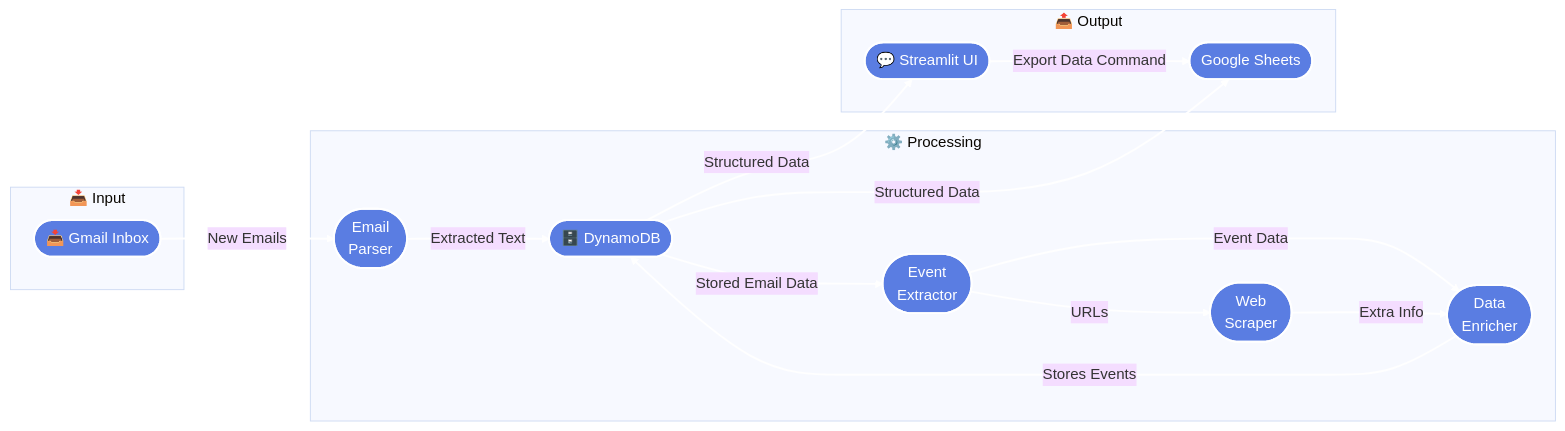
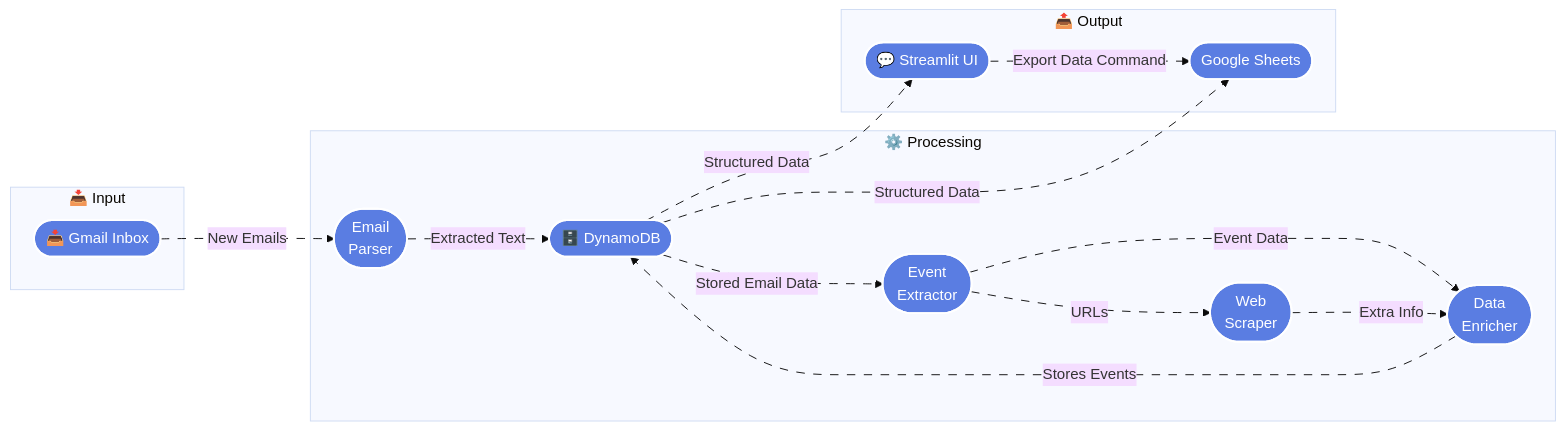
The diagram in README.md (lauren-cordova/event-agent), drawn with Mermaid (base theme) before and after one commit.

Commit message:
Update README.md
Animated architecture diagram lines!

````diff
--- a/README.md
+++ b/README.md
@@ -17,41 +17,41 @@
 ```mermaid
 graph LR
     subgraph Input [📥 Input]
         G([📥 Gmail Inbox])
     end
 
     subgraph Processing [⚙️ Processing]
         E([Email<br>Parser])
         X([Event<br>Extractor])
         W([Web<br>Scraper])
         D([Data<br>Enricher])
         DB([🗄️ DynamoDB])
     end
 
     subgraph Output [📤 Output]
         UI([💬 Streamlit UI])
         GS([Google Sheets])
     end
 
     G -->|New Emails| E
     E -->|Extracted Text| DB
     DB -->|Stored Email Data| X
     X -->|Event Data| D
     X -->|URLs| W
     W -->|Extra Info| D
     D -->|Stores Events| DB
     DB -->|Structured Data| UI
     DB -->|Structured Data| GS
     UI -->|Export Data Command| GS
 
     style G fill:#5a7de2,stroke:#fff,stroke-width:2px,color:#fff
     style E fill:#5a7de2,stroke:#fff,stroke-width:2px,color:#fff
     style X fill:#5a7de2,stroke:#fff,stroke-width:2px,color:#fff
     style W fill:#5a7de2,stroke:#fff,stroke-width:2px,color:#fff
     style D fill:#5a7de2,stroke:#fff,stroke-width:2px,color:#fff
     style UI fill:#5a7de2,stroke:#fff,stroke-width:2px,color:#fff
     style DB fill:#5a7de2,stroke:#fff,stroke-width:2px,color:#fff
     style GS fill:#5a7de2,stroke:#fff,stroke-width:2px,color:#fff
 
-    linkStyle default stroke:#fff,stroke-width:2px
+    linkStyle default stroke-dasharray: 9,5,stroke-dashoffset: 900,animation: dash 25s linear infinite;
 ```
````
